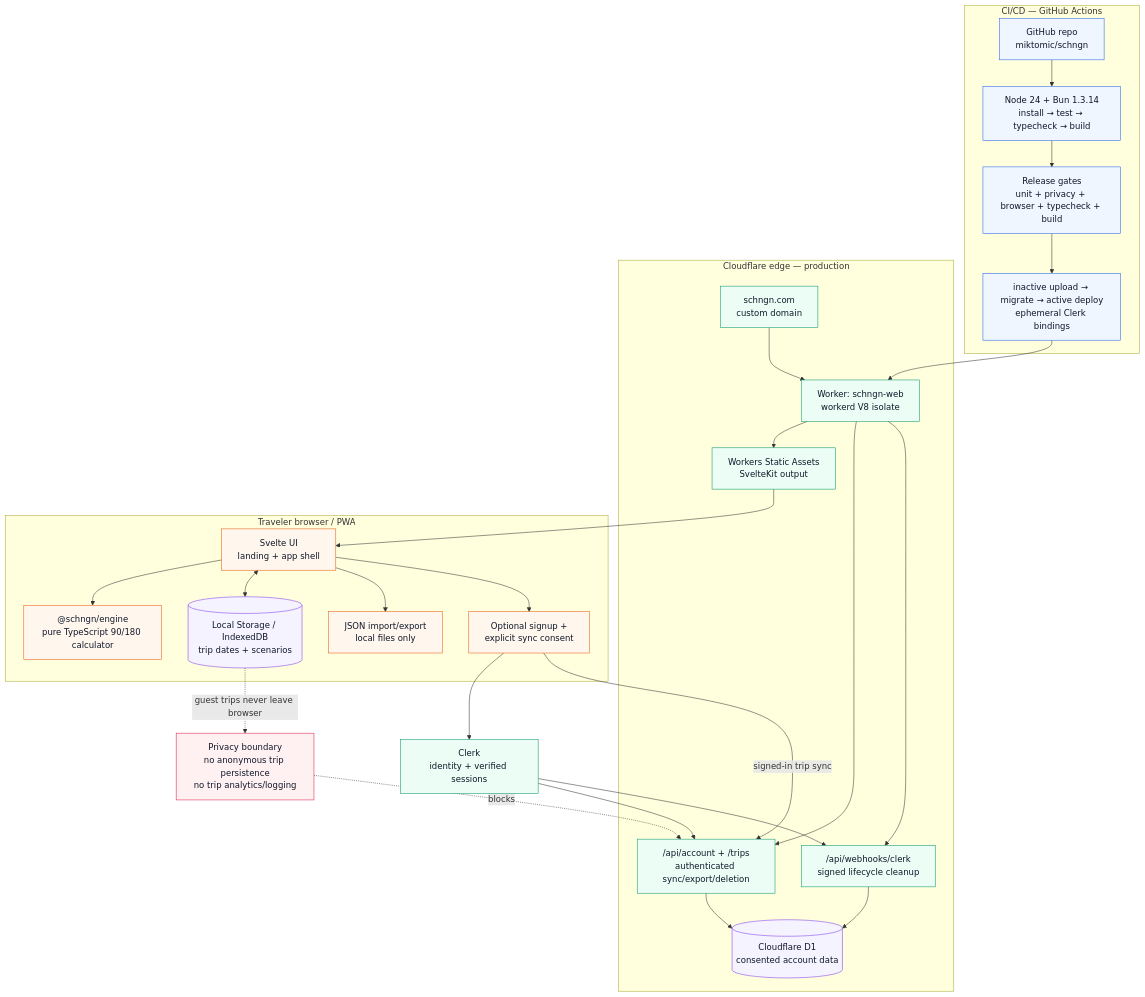
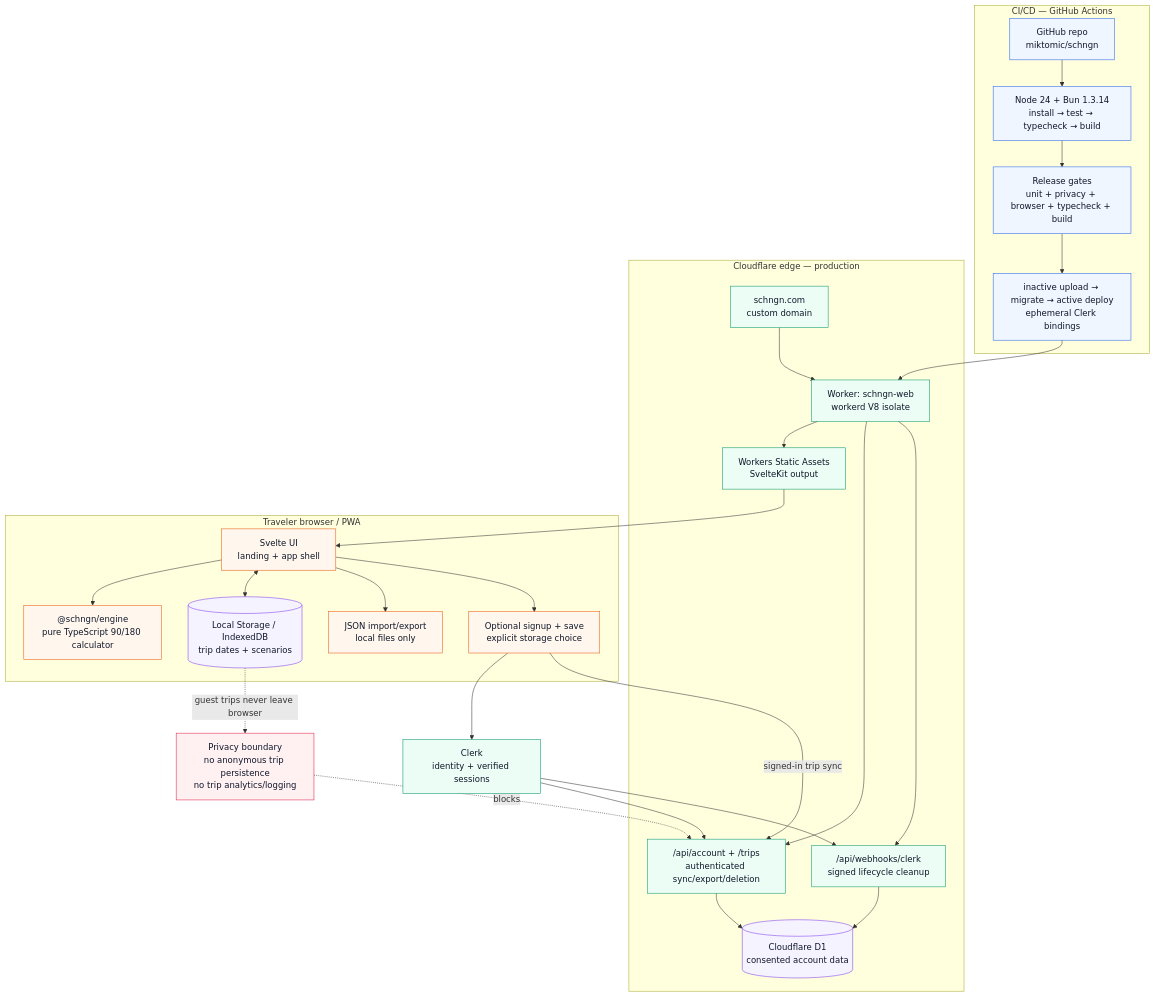
One commit to miktomic/schngn changed the diagram in docs/app-architecture-diagram.md. Above: the diagram before and after it, drawn with Mermaid. The commit also changed other lines of this file and 109 other files, not shown here.

````diff
--- a/docs/app-architecture-diagram.md
+++ b/docs/app-architecture-diagram.md
@@ -5,60 +5,60 @@
 ```mermaid
 flowchart TB
   subgraph CI["CI/CD — GitHub Actions"]
     Repo["GitHub repo\nmiktomic/schngn"]
     Toolchain["Node 24 + Bun 1.3.14\ninstall → test → typecheck → build"]
     Gates["Release gates\nunit + privacy + browser + typecheck + build"]
     Deploy["inactive upload → migrate → active deploy\nephemeral Clerk bindings"]
     Repo --> Toolchain --> Gates --> Deploy
   end
 
   subgraph CF["Cloudflare edge — production"]
     Domain["schngn.com\ncustom domain"]
     Worker["Worker: schngn-web\nworkerd V8 isolate"]
     Assets["Workers Static Assets\nSvelteKit output"]
     AccountApi["/api/account + /trips\nauthenticated sync/export/deletion"]
     Webhook["/api/webhooks/clerk\nsigned lifecycle cleanup"]
     Store[("Cloudflare D1\nconsented account data")]
     Domain --> Worker
     Worker --> Assets
     Worker --> AccountApi
     Worker --> Webhook
     AccountApi --> Store
     Webhook --> Store
   end
 
   subgraph Browser["Traveler browser / PWA"]
     UI["Svelte UI\nlanding + app shell"]
     Engine["@schngn/engine\npure TypeScript 90/180 calculator"]
     Local[("Local Storage / IndexedDB\ntrip dates + scenarios")]
     Export["JSON import/export\nlocal files only"]
-    Consent["Optional signup +\nexplicit sync consent"]
+    Consent["Optional signup + save\nexplicit storage choice"]
     UI --> Engine
     UI <--> Local
     UI --> Export
     UI --> Consent
   end
 
   Clerk["Clerk\nidentity + verified sessions"]
 
   Deploy --> Worker
   Assets --> UI
   Consent --> Clerk
   Clerk --> AccountApi
   Clerk --> Webhook
   Consent -- "signed-in trip sync" --> AccountApi
   Local -. "guest trips never leave browser" .-> Privacy["Privacy boundary\nno anonymous trip persistence\nno trip analytics/logging"]
   Privacy -. blocks .-> AccountApi
 
   classDef ci fill:#eff6ff,stroke:#2563eb,color:#0f172a
   classDef edge fill:#ecfdf5,stroke:#059669,color:#0f172a
   classDef browser fill:#fff7ed,stroke:#ea580c,color:#0f172a
   classDef data fill:#f5f3ff,stroke:#7c3aed,color:#0f172a
   classDef privacy fill:#fff1f2,stroke:#e11d48,color:#0f172a
   class Repo,Toolchain,Gates,Deploy ci
   class Domain,Worker,Assets,AccountApi,Webhook,Clerk edge
   class UI,Engine,Export,Consent browser
   class Local,Store data
   class Privacy privacy
 
 ```
````
